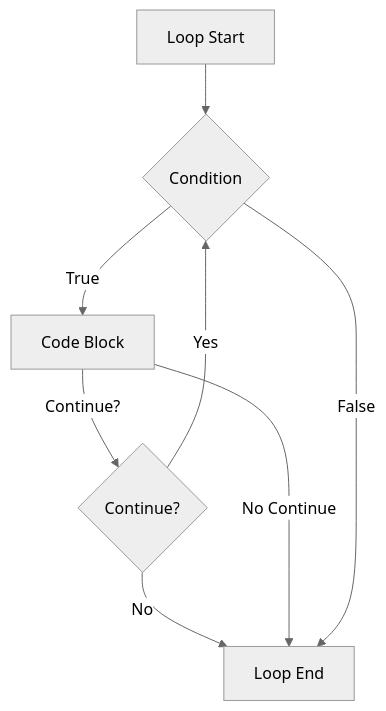
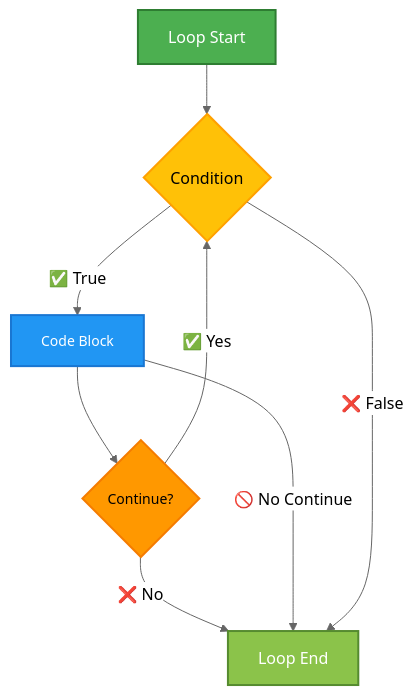
The seventh of 10 diagrams in _posts/2024-12-05-04.-flow-control-in-java.md (infoyouth/infoyouth.github.io), drawn with Mermaid (neutral theme) before and after one commit. The commit also changed other lines of this file, not shown here.

````diff
--- a/_posts/2024-12-05-04.-flow-control-in-java.md
+++ b/_posts/2024-12-05-04.-flow-control-in-java.md
@@ -746,11 +750,19 @@
 ```mermaid
 graph TD
     A[Loop Start] --> B{Condition};
-    B -- True --> C[Code Block];
-    C -- Continue? --> D{Continue?};
-    D -- Yes --> B;
-    D -- No --> E[Loop End];
-    C -- No Continue --> E;
-    B -- False --> E;
+    B -- ✅ True --> C[Code Block];
+    C --> D{Continue?};
+    D -- ✅ Yes --> B;
+    D -- ❌ No --> E[Loop End];
+    C -- 🚫 No Continue --> E;
+    B -- ❌ False --> E;
+
+    %% Node Styles
+    style A fill:#4CAF50,stroke:#2E7D32,stroke-width:2px,color:#FFFFFF,font-size:16px
+    style B fill:#FFC107,stroke:#FFA000,stroke-width:2px,color:#000000,font-size:16px
+    style C fill:#2196F3,stroke:#1976D2,stroke-width:2px,color:#FFFFFF,font-size:14px
+    style D fill:#FF9800,stroke:#F57C00,stroke-width:2px,color:#000000,font-size:14px
+    style E fill:#8BC34A,stroke:#558B2F,stroke-width:2px,color:#FFFFFF,font-size:16px
+
 
 ```
````
